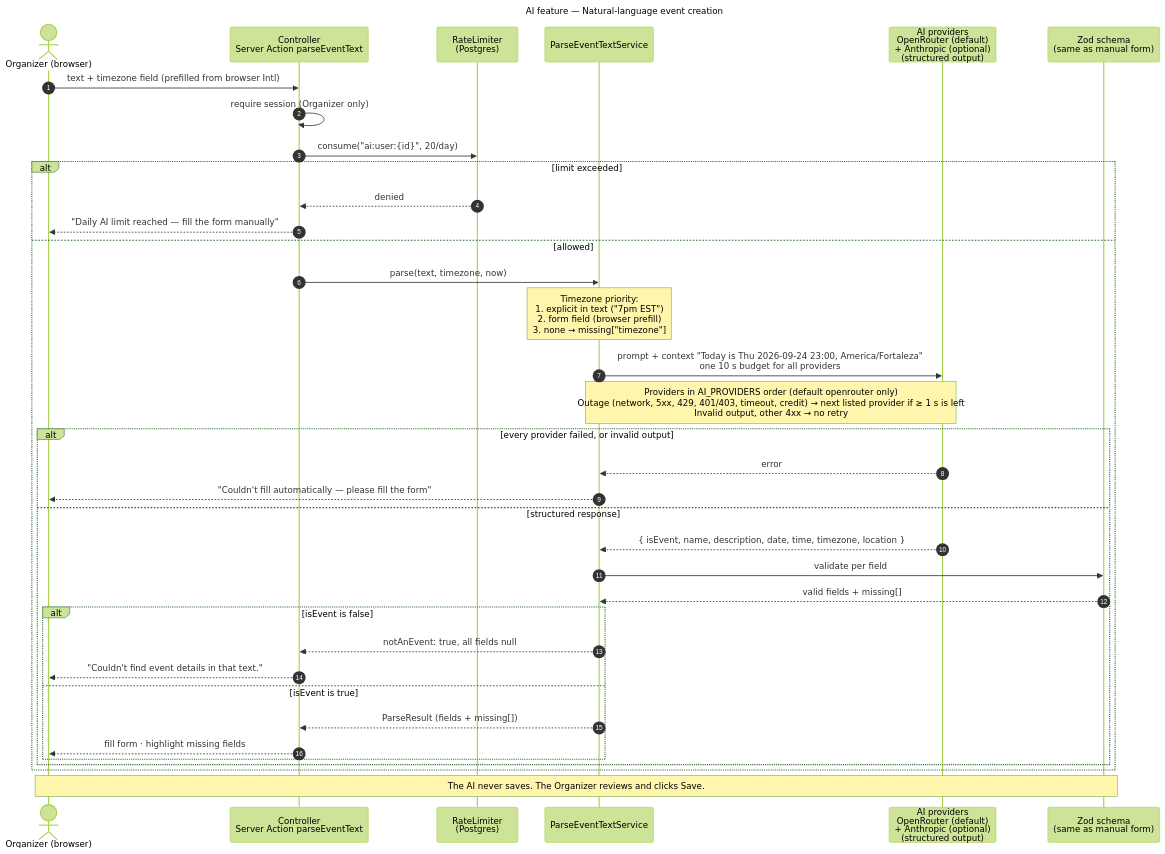
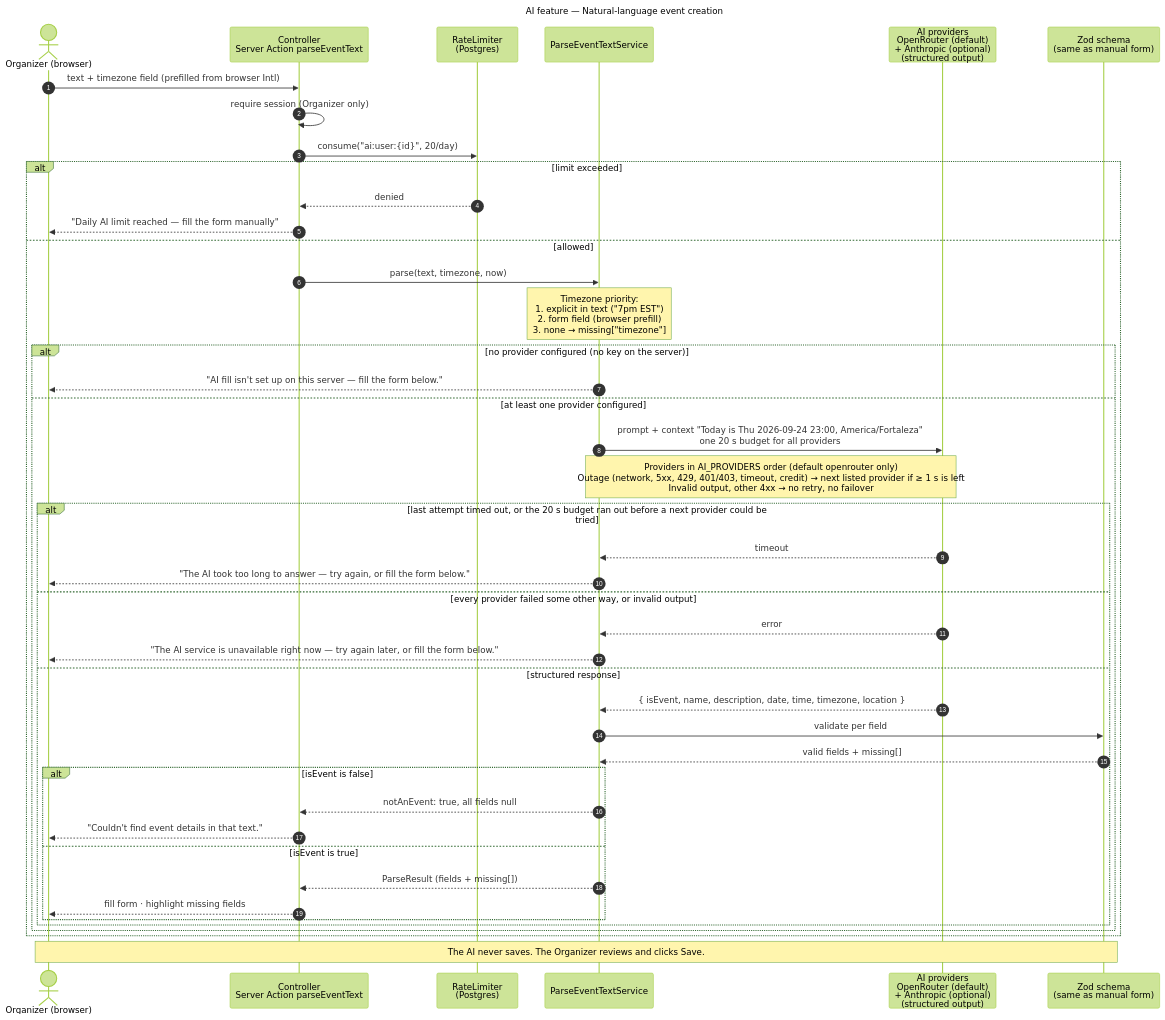
One commit to ramonruanxc/event-rsvp-app changed the diagram in docs/diagrams/ai-event-parsing.mmd. Above: the diagram before and after it, drawn with Mermaid (forest theme). The commit also changed 6 other files, not shown here.

```diff
--- a/docs/diagrams/ai-event-parsing.mmd
+++ b/docs/diagrams/ai-event-parsing.mmd
@@ -1,40 +1,47 @@
 ---
 title: AI feature — Natural-language event creation
 ---
 sequenceDiagram
   autonumber
   actor O as Organizer (browser)
   participant C as Controller<br/>Server Action parseEventText
   participant R as RateLimiter<br/>(Postgres)
   participant S as ParseEventTextService
   participant M as AI providers<br/>OpenRouter (default)<br/>+ Anthropic (optional)<br/>(structured output)
   participant Z as Zod schema<br/>(same as manual form)
 
   O->>C: text + timezone field (prefilled from browser Intl)
   C->>C: require session (Organizer only)
   C->>R: consume("ai:user:{id}", 20/day)
   alt limit exceeded
     R-->>C: denied
     C-->>O: "Daily AI limit reached — fill the form manually"
   else allowed
     C->>S: parse(text, timezone, now)
     Note over S: Timezone priority:<br/>1. explicit in text ("7pm EST")<br/>2. form field (browser prefill)<br/>3. none → missing["timezone"]
-    S->>M: prompt + context "Today is Thu 2026-09-24 23:00, America/Fortaleza"<br/>one 10 s budget for all providers
-    Note over S,M: Providers in AI_PROVIDERS order (default openrouter only)<br/>Outage (network, 5xx, 429, 401/403, timeout, credit) → next listed provider if ≥ 1 s is left<br/>Invalid output, other 4xx → no retry
-    alt every provider failed, or invalid output
-      M-->>S: error
-      S-->>O: "Couldn't fill automatically — please fill the form"
-    else structured response
-      M-->>S: { isEvent, name, description, date, time, timezone, location }
-      S->>Z: validate per field
-      Z-->>S: valid fields + missing[]
-      alt isEvent is false
-        S-->>C: notAnEvent: true, all fields null
-        C-->>O: "Couldn't find event details in that text."
-      else isEvent is true
-        S-->>C: ParseResult (fields + missing[])
-        C-->>O: fill form · highlight missing fields
+    alt no provider configured (no key on the server)
+      S-->>O: "AI fill isn't set up on this server — fill the form below."
+    else at least one provider configured
+      S->>M: prompt + context "Today is Thu 2026-09-24 23:00, America/Fortaleza"<br/>one 20 s budget for all providers
+      Note over S,M: Providers in AI_PROVIDERS order (default openrouter only)<br/>Outage (network, 5xx, 429, 401/403, timeout, credit) → next listed provider if ≥ 1 s is left<br/>Invalid output, other 4xx → no retry, no failover
+      alt last attempt timed out, or the 20 s budget ran out before a next provider could be tried
+        M-->>S: timeout
+        S-->>O: "The AI took too long to answer — try again, or fill the form below."
+      else every provider failed some other way, or invalid output
+        M-->>S: error
+        S-->>O: "The AI service is unavailable right now — try again later, or fill the form below."
+      else structured response
+        M-->>S: { isEvent, name, description, date, time, timezone, location }
+        S->>Z: validate per field
+        Z-->>S: valid fields + missing[]
+        alt isEvent is false
+          S-->>C: notAnEvent: true, all fields null
+          C-->>O: "Couldn't find event details in that text."
+        else isEvent is true
+          S-->>C: ParseResult (fields + missing[])
+          C-->>O: fill form · highlight missing fields
+        end
       end
     end
   end
   Note over O,Z: The AI never saves. The Organizer reviews and clicks Save.
```
